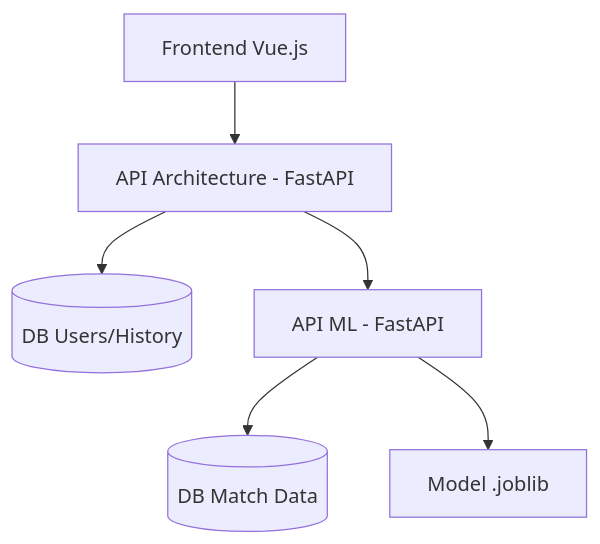
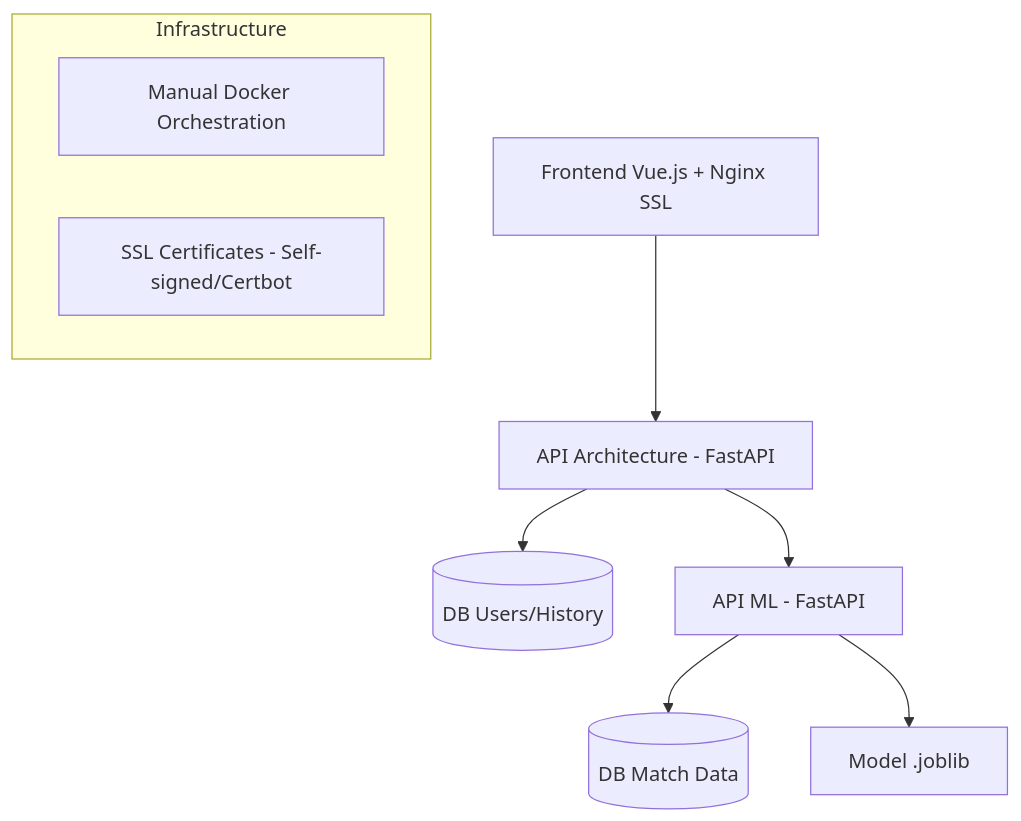
The diagram in docs/plan_implementation.md (John-Do59/Match-Prediction-Solo), drawn with Mermaid before and after one commit. The commit also changed other lines of this file and 5 other files, not shown here.

Commit message:
docs: update implementation plan and documentation for production-ready phase (Docker, SSL, Hardening)

````diff
--- a/docs/plan_implementation.md
+++ b/docs/plan_implementation.md
@@ -13,8 +13,13 @@
 ```mermaid
 graph TD
-    Front[Frontend Vue.js] --> AppAPI[API Architecture - FastAPI]
+    Front[Frontend Vue.js + Nginx SSL] --> AppAPI[API Architecture - FastAPI]
     AppAPI --> DB_App[(DB Users/History)]
     AppAPI --> ML_API[API ML - FastAPI]
     ML_API --> DB_ML[(DB Match Data)]
     ML_API --> Model[Model .joblib]
+    
+    subgraph Infrastructure
+        Docker[Manual Docker Orchestration]
+        SSL[SSL Certificates - Self-signed/Certbot]
+    end
 ```
````
